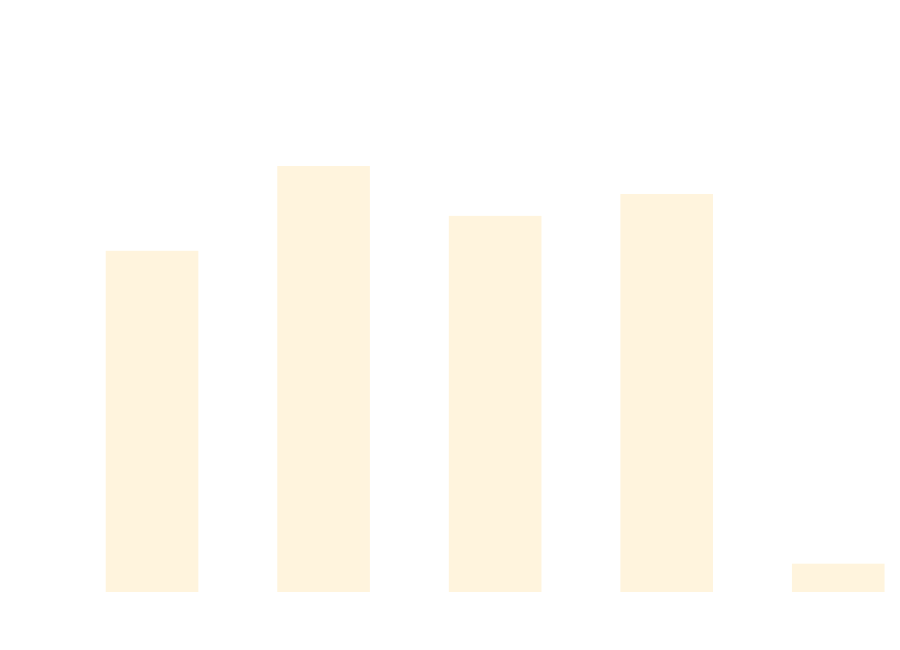
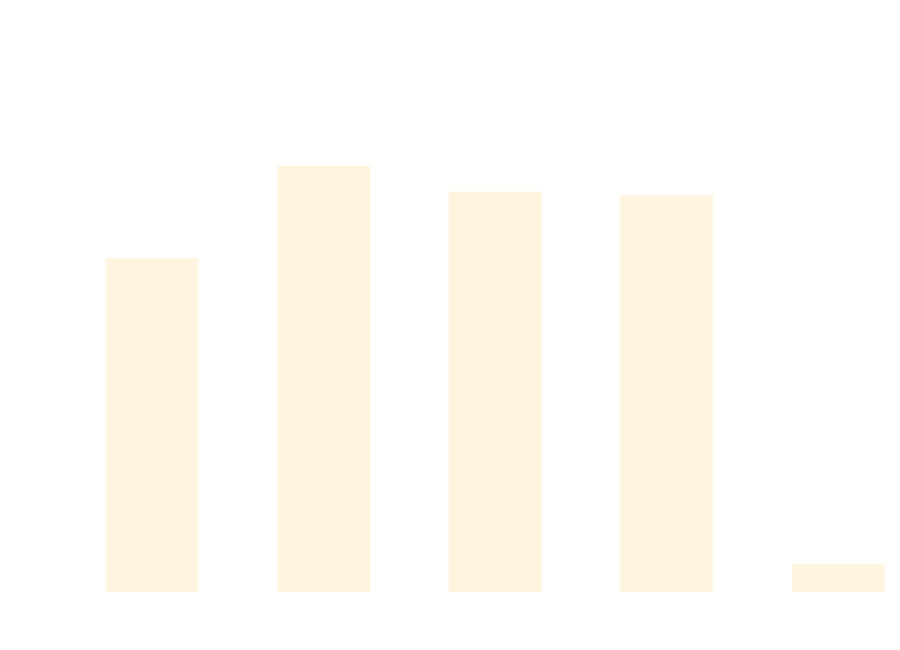
One commit to thomhurst/TUnit changed the diagram in docs/docs/benchmarks/DataDrivenTests.md. Above: the diagram before and after it, drawn with Mermaid. The commit also changed other lines of this file and 17 other files, not shown here.

````diff
--- a/docs/docs/benchmarks/DataDrivenTests.md
+++ b/docs/docs/benchmarks/DataDrivenTests.md
@@ -27,37 +27,37 @@
 ```mermaid
 %%{init: {
   'theme':'base',
   'themeVariables': {
     'primaryColor': '#2563eb',
     'primaryTextColor': '#ffffff',
     'primaryBorderColor': '#1e40af',
     'lineColor': '#6b7280',
     'secondaryColor': '#7c3aed',
     'tertiaryColor': '#dc2626',
     'background': '#ffffff',
     'mainBkg': '#2563eb',
     'secondBkg': '#7c3aed',
     'tertiaryBkg': '#dc2626',
     'clusterBkg': '#f3f4f6',
     'edgeLabelBackground': '#ffffff',
     'tertiaryTextColor': '#1f2937',
     'pie1': '#2563eb',
     'pie2': '#7c3aed',
     'pie3': '#dc2626',
     'pie4': '#f59e0b',
     'pie5': '#10b981',
     'pie6': '#06b6d4',
     'pie7': '#ec4899',
     'pie8': '#6366f1',
     'pie9': '#84cc16',
     'pie10': '#f97316',
     'pie11': '#14b8a6',
     'pie12': '#a855f7'
   }
 }}%%
 xychart-beta
   title "DataDrivenTests Performance Comparison"
   x-axis ["TUnit", "NUnit", "MSTest", "xUnit3", "TUnit_AOT"]
-  y-axis "Time (ms)" 0 --> 799
-  bar [528.92, 665.13, 584.99, 620.1, 26.41]
+  y-axis "Time (ms)" 0 --> 813
+  bar [526.24, 676.94, 635.04, 628.99, 26.02]
 ```
````
